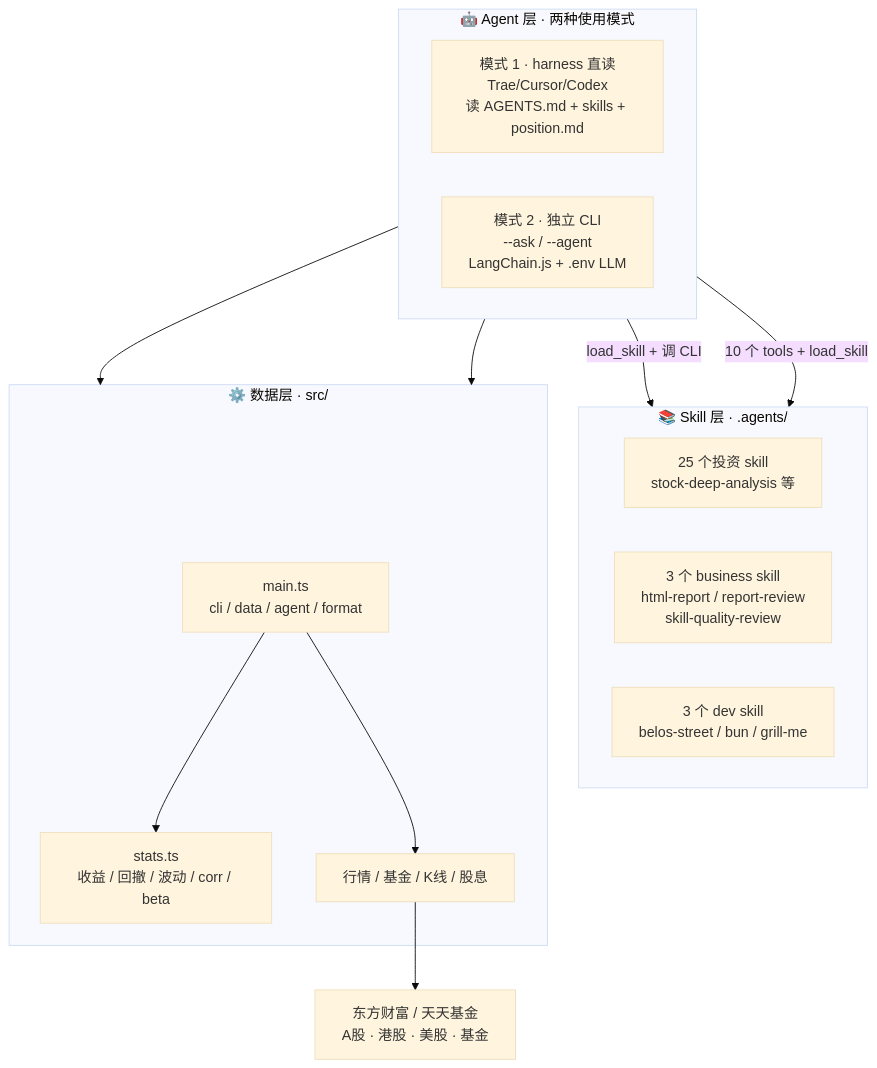
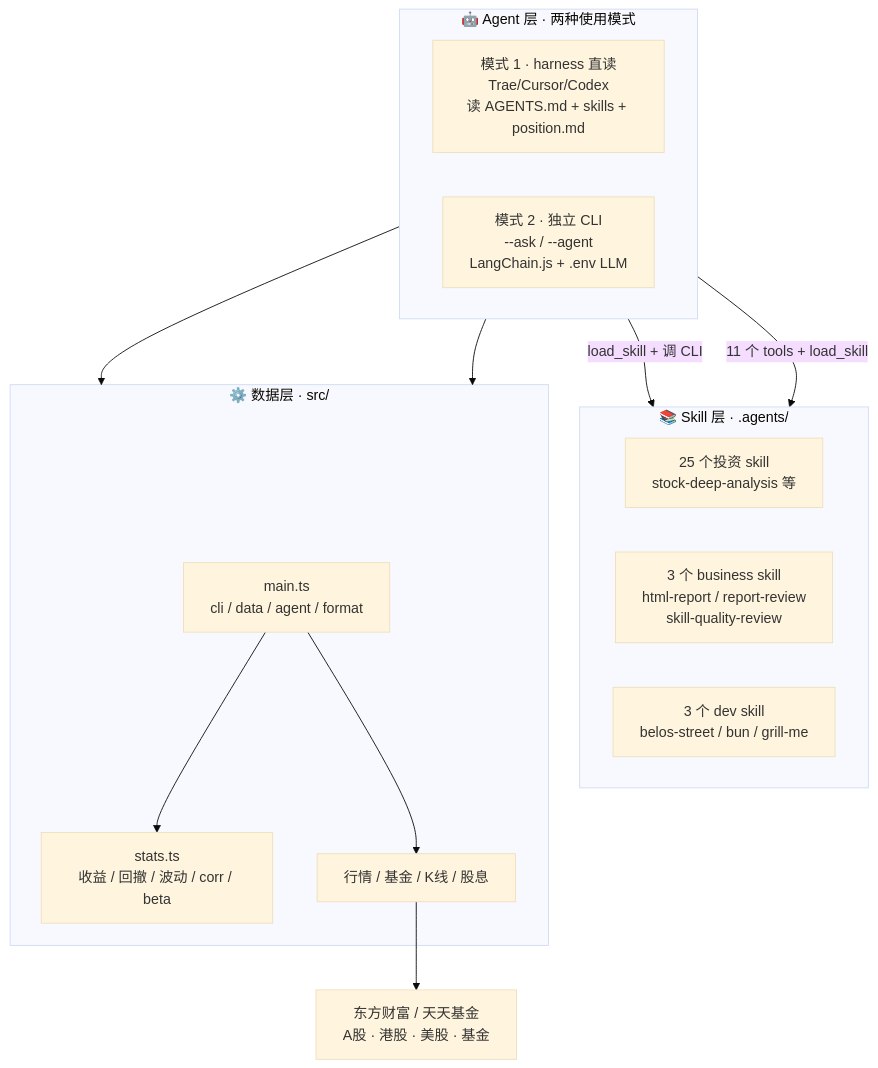
Before and after one commit to belos-street/stock-analytics-agent: the diagram in README.md, drawn with Mermaid (base theme). The commit also changed other lines of this file and 10 other files, not shown here.

````diff
--- a/README.md
+++ b/README.md
@@ -54,30 +54,30 @@
 ```mermaid
 graph TB
     subgraph Agent["🤖 Agent 层 · 两种使用模式"]
         direction LR
         M1["模式 1 · harness 直读<br/>Trae/Cursor/Codex<br/>读 AGENTS.md + skills + position.md"]
         M2["模式 2 · 独立 CLI<br/>--ask / --agent<br/>LangChain.js + .env LLM"]
     end
 
     subgraph Skill["📚 Skill 层 · .agents/"]
         S1["25 个投资 skill<br/>stock-deep-analysis 等"]
         S2["3 个 business skill<br/>html-report / report-review<br/>skill-quality-review"]
         S3["3 个 dev skill<br/>belos-street / bun / grill-me"]
     end
 
     subgraph Data["⚙️ 数据层 · src/"]
         CLI["main.ts<br/>cli / data / agent / format"]
         STATS["stats.ts<br/>收益 / 回撤 / 波动 / corr / beta"]
         SDK["行情 / 基金 / K线 / 股息"]
     end
 
     Market["东方财富 / 天天基金<br/>A股 · 港股 · 美股 · 基金"]
 
     M1 -->|"load_skill + 调 CLI"| Skill
-    M2 -->|"10 个 tools + load_skill"| Skill
+    M2 -->|"11 个 tools + load_skill"| Skill
     M1 --> Data
     M2 --> Data
     CLI --> STATS
     CLI --> SDK
     SDK --> Market
 ```
````
